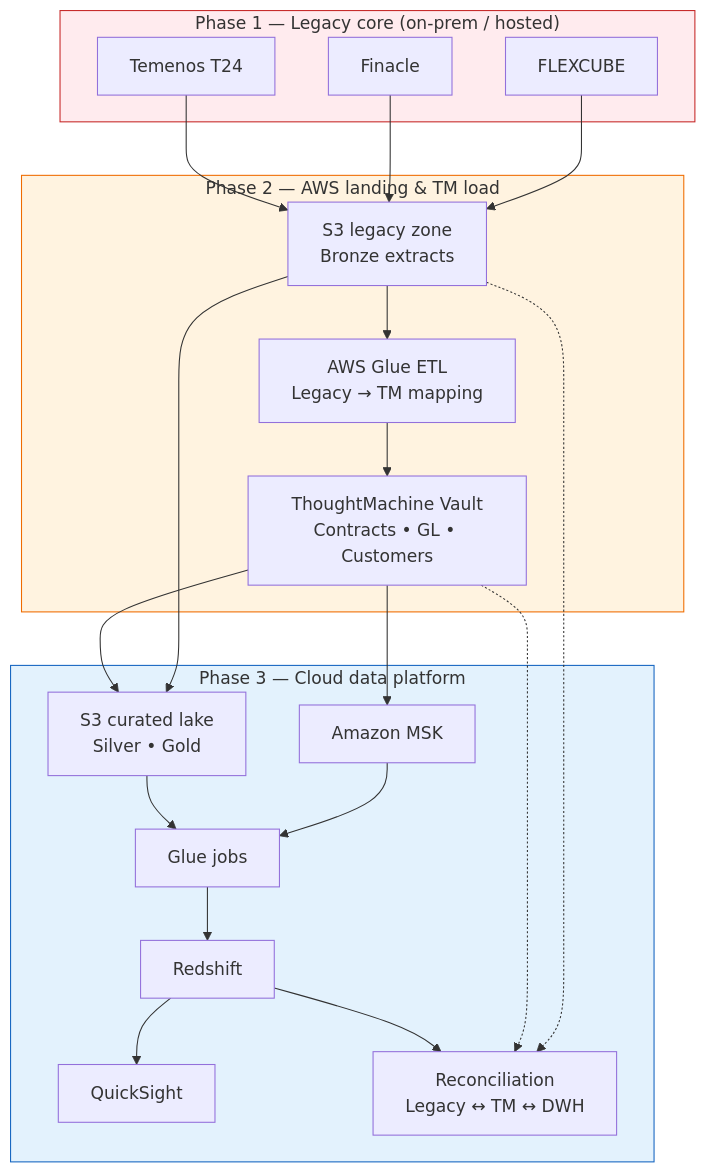
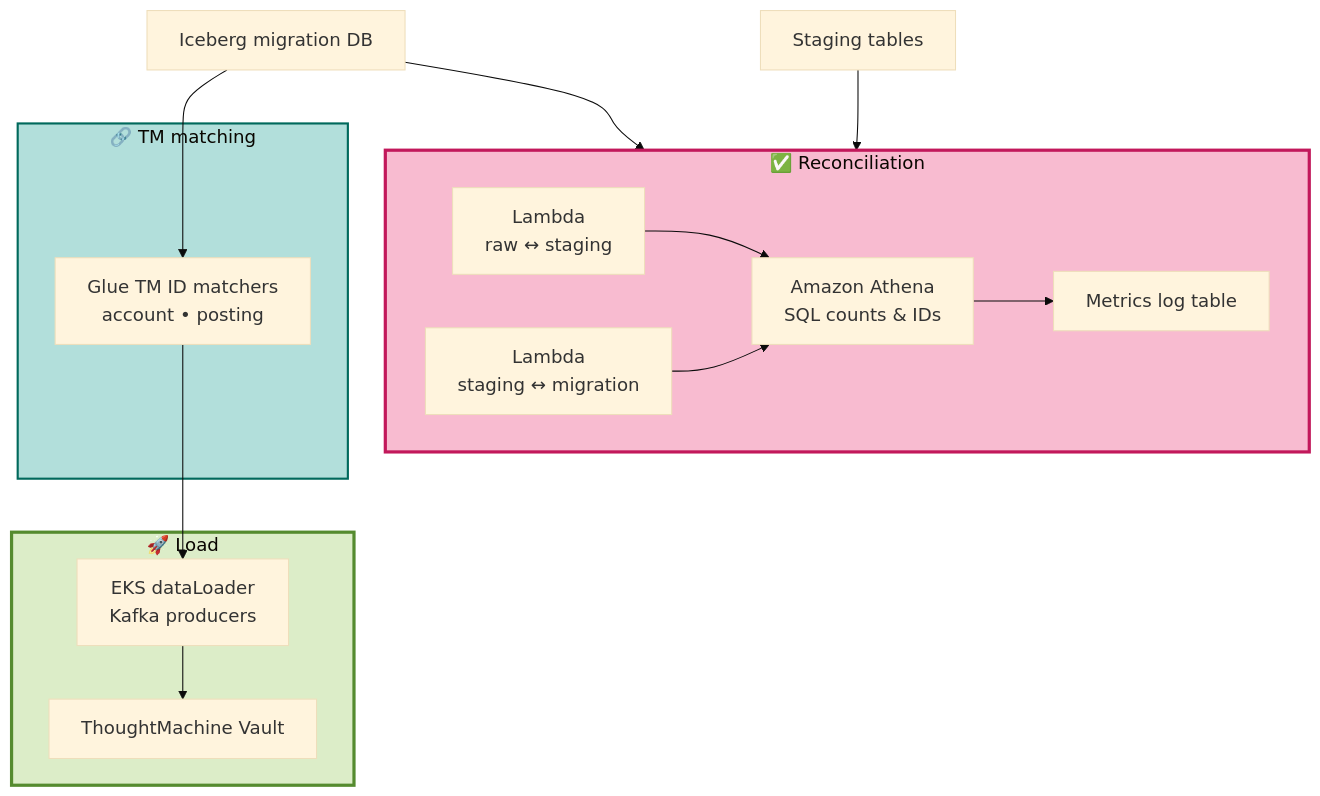
The fourth of 5 diagrams in README.md (willtran112358/gft-cloud-data-migration-framework), drawn with Mermaid before and after one commit. The commit also changed other lines of this file and 1010 other files, not shown here.

Commit message:
Add data-migration-infra snapshot and update architecture to match GFT Step Functions pipeline

````diff
--- a/README.md
+++ b/README.md
@@ -37,43 +134,29 @@
 ```mermaid
-graph TB
-    subgraph LEGACY["Phase 1 — Legacy core (on-prem / hosted)"]
-        T24["Temenos T24"]
-        FIN["Finacle"]
-        FC["FLEXCUBE"]
+%%{init: {'theme': 'base', 'themeVariables': {'fontSize': '17px'}}}%%
+flowchart TD
+    subgraph RECON["✅ Reconciliation"]
+        direction LR
+        L1["Lambda<br/>raw ↔ staging"]
+        L2["Lambda<br/>staging ↔ migration"]
+        ATH["Amazon Athena<br/>SQL counts & IDs"]
+        LOG["Metrics log table"]
     end
 
-    subgraph LAND["Phase 2 — AWS landing & TM load"]
-        S3L["S3 legacy zone<br/>Bronze extracts"]
-        GLUE_MAP["AWS Glue ETL<br/>Legacy → TM mapping"]
-        TM["ThoughtMachine Vault<br/>Contracts • GL • Customers"]
+    subgraph MATCH["🔗 TM matching"]
+        JM["Glue TM ID matchers<br/>account • posting"]
     end
 
-    subgraph AWS["Phase 3 — Cloud data platform"]
-        S3C["S3 curated lake<br/>Silver • Gold"]
-        MSK["Amazon MSK"]
-        GLUE["Glue jobs"]
-        RS["Redshift"]
-        QS["QuickSight"]
-        RECON["Reconciliation<br/>Legacy ↔ TM ↔ DWH"]
+    subgraph LOAD["🚀 Load"]
+        EKS["EKS dataLoader<br/>Kafka producers"]
+        TM["ThoughtMachine Vault"]
     end
 
-    T24 --> S3L
-    FIN --> S3L
-    FC --> S3L
-    S3L --> GLUE_MAP
-    GLUE_MAP --> TM
-    TM --> MSK
-    TM --> S3C
-    S3L --> S3C
-    S3C --> GLUE
-    MSK --> GLUE
-    GLUE --> RS
-    RS --> QS
-    RS --> RECON
-    TM -.-> RECON
-    S3L -.-> RECON
+    ICE["Iceberg migration DB"] --> L2
+    STG2["Staging tables"] --> L1
+    L1 & L2 --> ATH --> LOG
+    ICE --> JM --> EKS --> TM
 
-    style LEGACY fill:#ffebee,stroke:#c62828
-    style LAND fill:#fff3e0,stroke:#ef6c00
-    style AWS fill:#e3f2fd,stroke:#1565c0
+    style RECON fill:#F8BBD0,stroke:#C2185B,stroke-width:3px
+    style MATCH fill:#B2DFDB,stroke:#00695C,stroke-width:2px
+    style LOAD fill:#DCEDC8,stroke:#558B2F,stroke-width:3px
 ```
````
